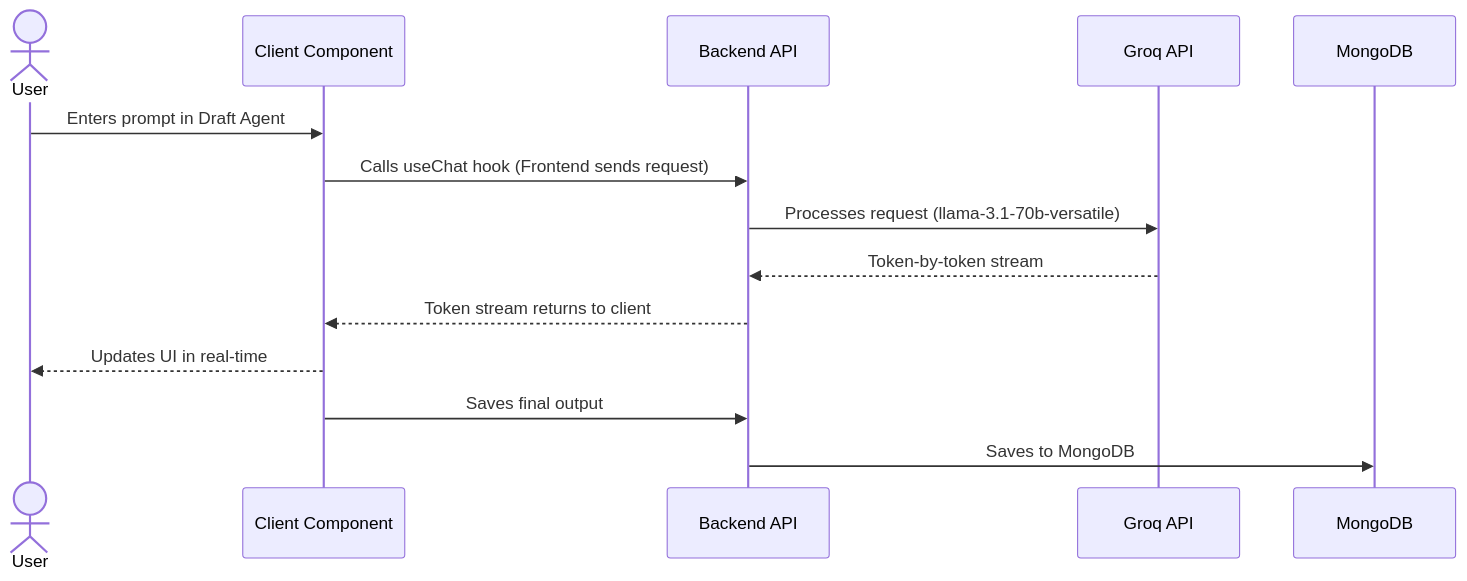
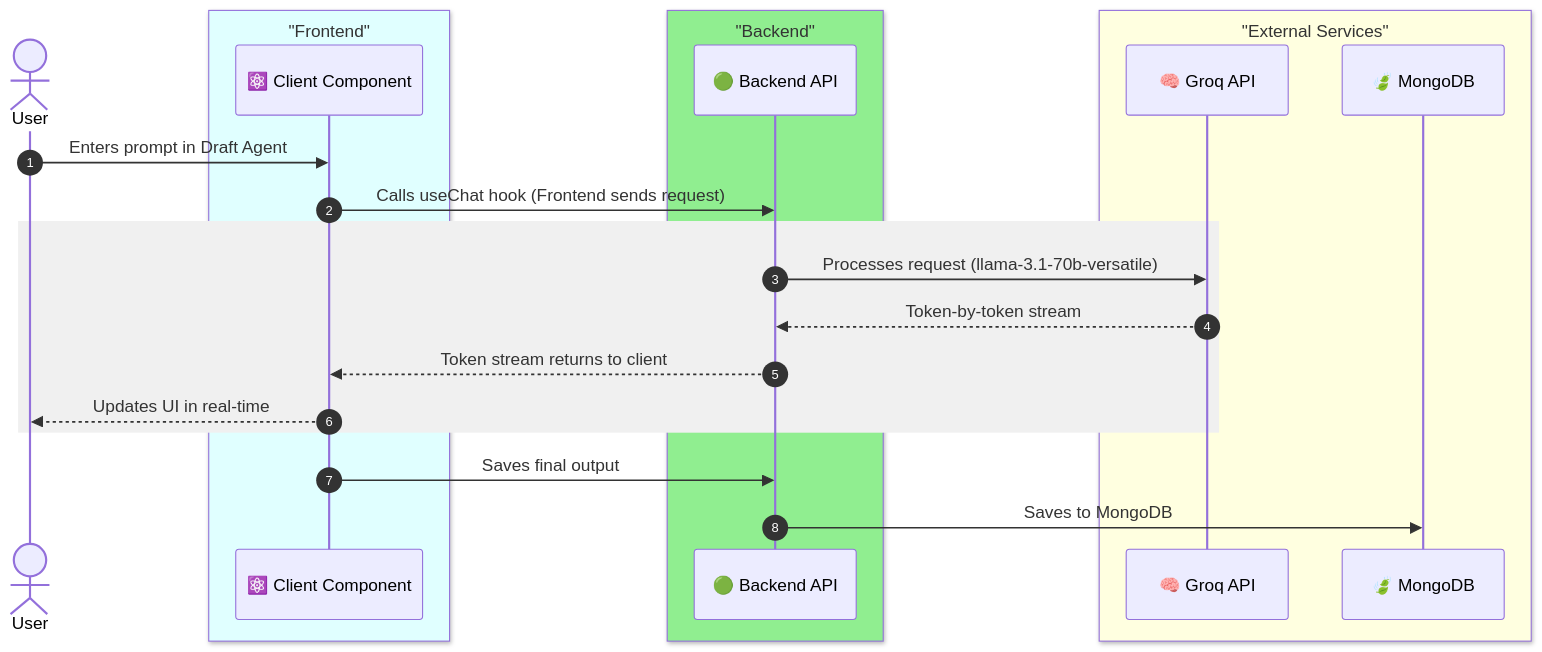
One commit to SiratimMChy/Writeflow-AI changed the second of 4 diagrams in README.md. Above: the diagram before and after it, drawn with Mermaid. The commit also changed other lines of this file, not shown here.

Commit message:
docs(readme): enhance software architecture mermaid diagrams

````diff
--- a/README.md
+++ b/README.md
@@ -269,17 +280,31 @@
 ```mermaid
 sequenceDiagram
+    autonumber
     actor User
-    participant Client as Client Component
-    participant Backend as Backend API
-    participant Groq as Groq API
-    participant DB as MongoDB
+    
+    box LightCyan "Frontend"
+        participant Client as ⚛️ Client Component
+    end
+    
+    box LightGreen "Backend"
+        participant Backend as 🟢 Backend API
+    end
+    
+    box LightYellow "External Services"
+        participant Groq as 🧠 Groq API
+        participant DB as 🍃 MongoDB
+    end
     
     User->>Client: Enters prompt in Draft Agent
     Client->>Backend: Calls useChat hook (Frontend sends request)
-    Backend->>Groq: Processes request (llama-3.1-70b-versatile)
-    Groq-->>Backend: Token-by-token stream
-    Backend-->>Client: Token stream returns to client
-    Client-->>User: Updates UI in real-time
+    
+    rect rgb(240, 240, 240)
+        Backend->>Groq: Processes request (llama-3.1-70b-versatile)
+        Groq-->>Backend: Token-by-token stream
+        Backend-->>Client: Token stream returns to client
+        Client-->>User: Updates UI in real-time
+    end
+    
     Client->>Backend: Saves final output
     Backend->>DB: Saves to MongoDB
 ```
````
